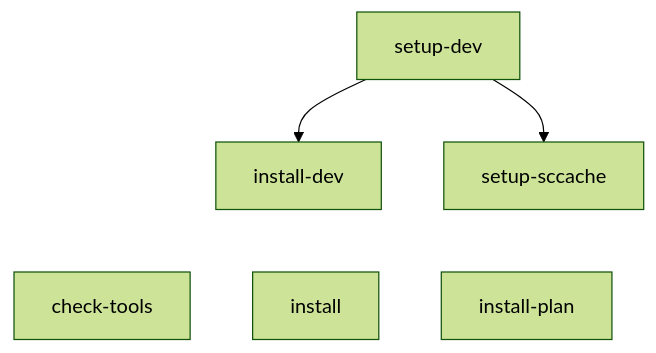
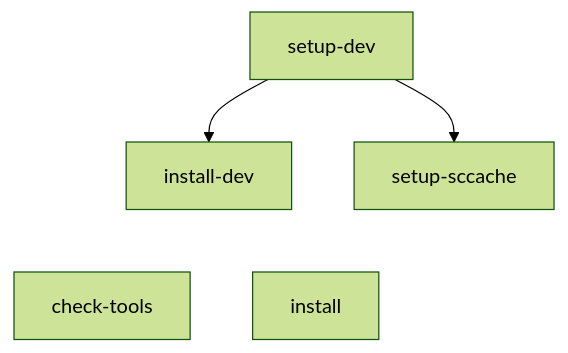
One commit to codesam88/picasu changed the seventh of 11 diagrams in docs/quality-gates.md. Above: the diagram before and after it, drawn with Mermaid (forest theme). The commit also changed other lines of this file and 212 other files, not shown here.

````diff
--- a/docs/quality-gates.md
+++ b/docs/quality-gates.md
@@ -211,12 +208,11 @@
 ```mermaid
 graph TD
   check-tools
   install
   install-dev
-  install-plan
   setup-dev
   setup-sccache
   setup-dev --> install-dev
   setup-dev --> setup-sccache
-  install-dev ~~~ check-tools & install & install-plan
+  install-dev ~~~ check-tools & install
 ```
````
